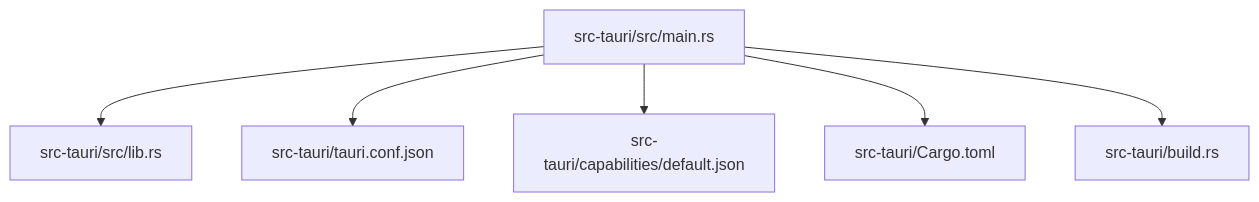
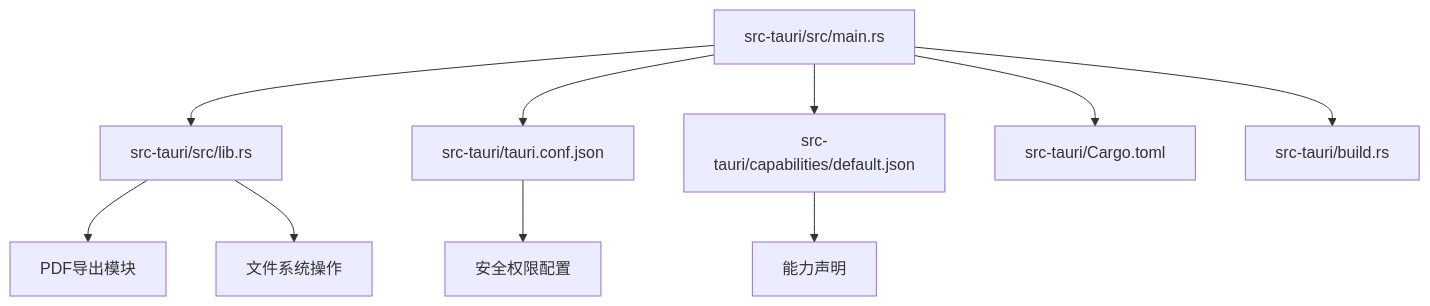
Before and after one commit to gongshiyun/ZenNote: the first of 3 diagrams in .qoder/repowiki/zh/content/Tauri后端.md, drawn with Mermaid. The commit also changed other lines of this file and 40 other files, not shown here.

````diff
--- a/.qoder/repowiki/zh/content/Tauri后端.md
+++ b/.qoder/repowiki/zh/content/Tauri后端.md
@@ -37,8 +46,12 @@
 ```mermaid
 graph TB
 A["src-tauri/src/main.rs"] --> B["src-tauri/src/lib.rs"]
 A --> C["src-tauri/tauri.conf.json"]
 A --> D["src-tauri/capabilities/default.json"]
 A --> E["src-tauri/Cargo.toml"]
 A --> F["src-tauri/build.rs"]
+B --> G["PDF导出模块"]
+B --> H["文件系统操作"]
+C --> I["安全权限配置"]
+D --> J["能力声明"]
 ```
````
